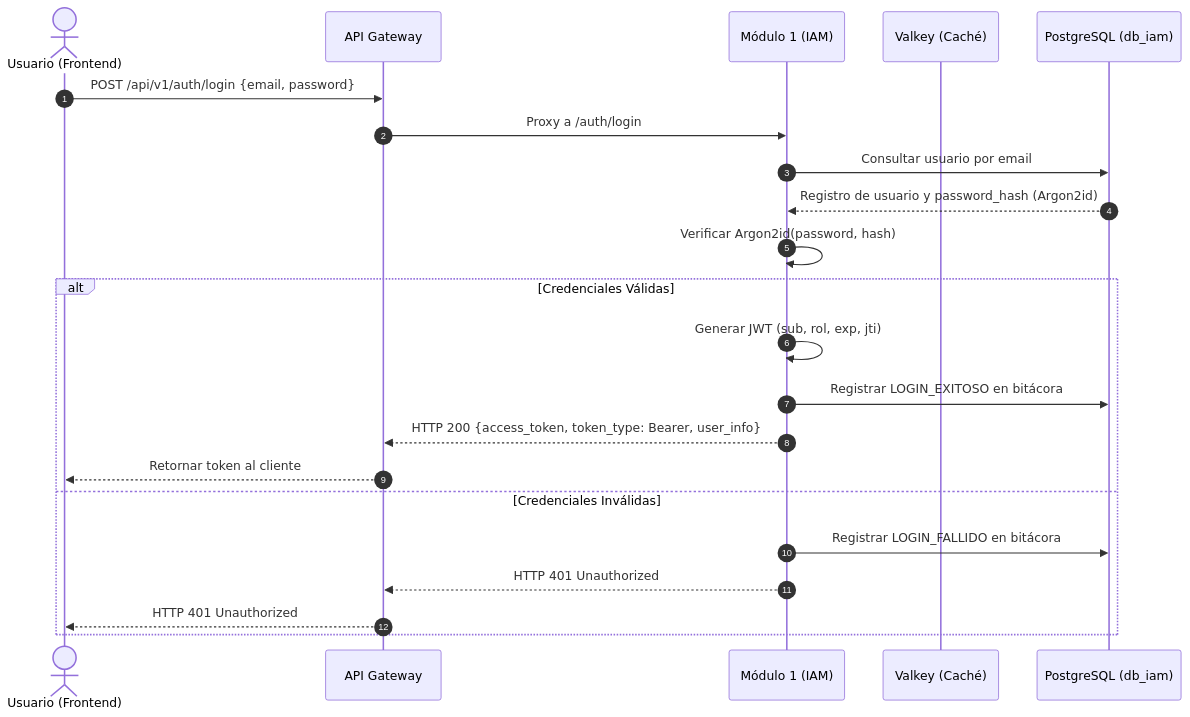
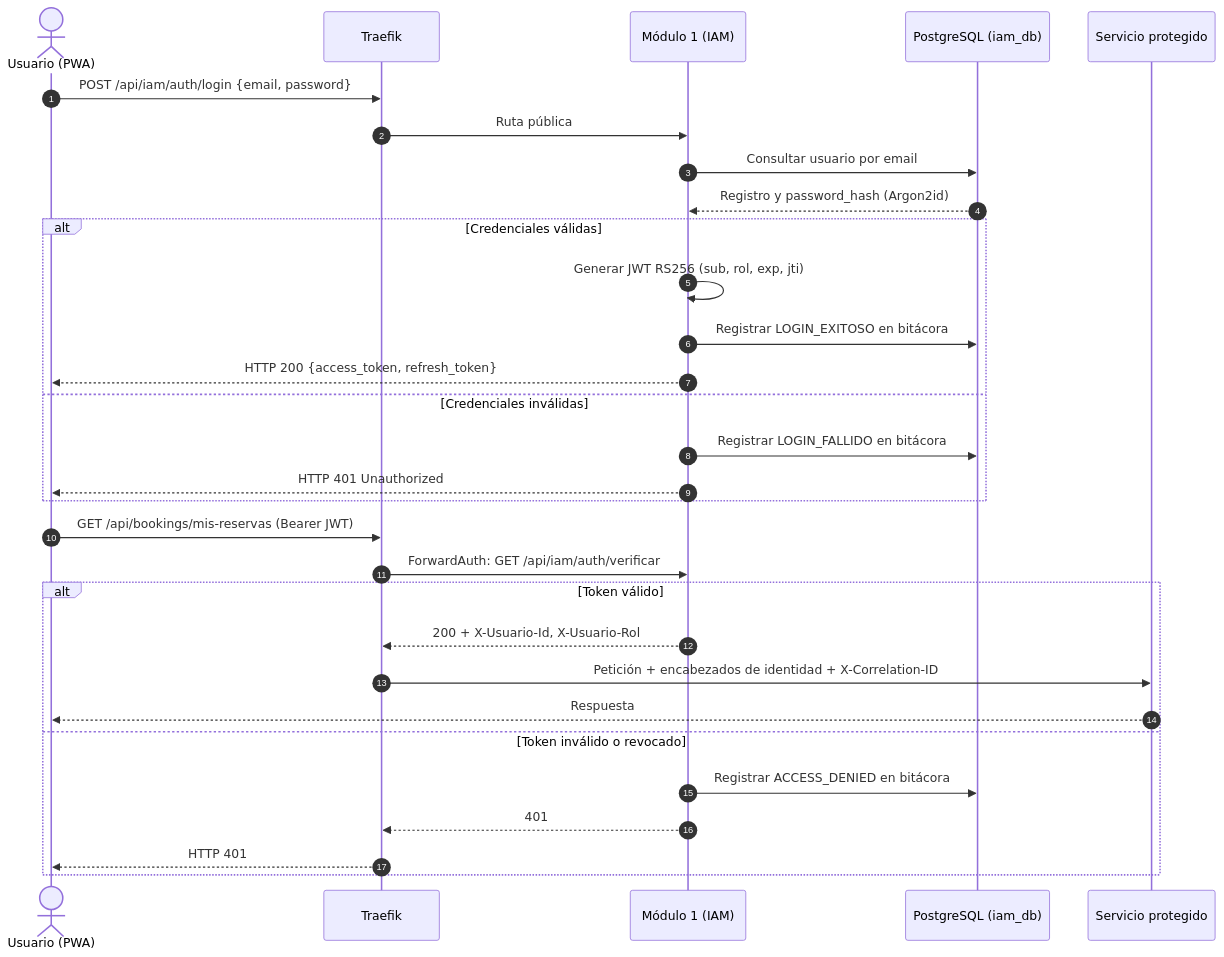
The first of 6 diagrams in Documents/Pages/Plan_de_Implementacion.md (luifdo/Tourism), drawn with Mermaid before and after one commit. The commit also changed other lines of this file and 5 other files, not shown here.

````diff
--- a/Documents/Pages/Plan_de_Implementacion.md
+++ b/Documents/Pages/Plan_de_Implementacion.md
@@ -472,25 +556,34 @@
 ```mermaid
 sequenceDiagram
     autonumber
-    actor User as Usuario (Frontend)
-    participant GW as API Gateway
+    actor User as Usuario (PWA)
+    participant GW as Traefik
     participant IAM as Módulo 1 (IAM)
-    participant Cache as Valkey (Caché)
-    participant DB as PostgreSQL (db_iam)
+    participant DB as PostgreSQL (iam_db)
+    participant Svc as Servicio protegido
 
-    User->>GW: POST /api/v1/auth/login {email, password}
-    GW->>IAM: Proxy a /auth/login
+    User->>GW: POST /api/iam/auth/login {email, password}
+    GW->>IAM: Ruta pública
     IAM->>DB: Consultar usuario por email
-    DB-->>IAM: Registro de usuario y password_hash (Argon2id)
-    IAM->>IAM: Verificar Argon2id(password, hash)
-    alt Credenciales Válidas
-        IAM->>IAM: Generar JWT (sub, rol, exp, jti)
+    DB-->>IAM: Registro y password_hash (Argon2id)
+    alt Credenciales válidas
+        IAM->>IAM: Generar JWT RS256 (sub, rol, exp, jti)
         IAM->>DB: Registrar LOGIN_EXITOSO en bitácora
-        IAM-->>GW: HTTP 200 {access_token, token_type: Bearer, user_info}
-        GW-->>User: Retornar token al cliente
-    else Credenciales Inválidas
+        IAM-->>User: HTTP 200 {access_token, refresh_token}
+    else Credenciales inválidas
         IAM->>DB: Registrar LOGIN_FALLIDO en bitácora
-        IAM-->>GW: HTTP 401 Unauthorized
-        GW-->>User: HTTP 401 Unauthorized
+        IAM-->>User: HTTP 401 Unauthorized
+    end
+
+    User->>GW: GET /api/bookings/mis-reservas (Bearer JWT)
+    GW->>IAM: ForwardAuth: GET /api/iam/auth/verificar
+    alt Token válido
+        IAM-->>GW: 200 + X-Usuario-Id, X-Usuario-Rol
+        GW->>Svc: Petición + encabezados de identidad + X-Correlation-ID
+        Svc-->>User: Respuesta
+    else Token inválido o revocado
+        IAM->>DB: Registrar ACCESS_DENIED en bitácora
+        IAM-->>GW: 401
+        GW-->>User: HTTP 401
     end
 ```
````
